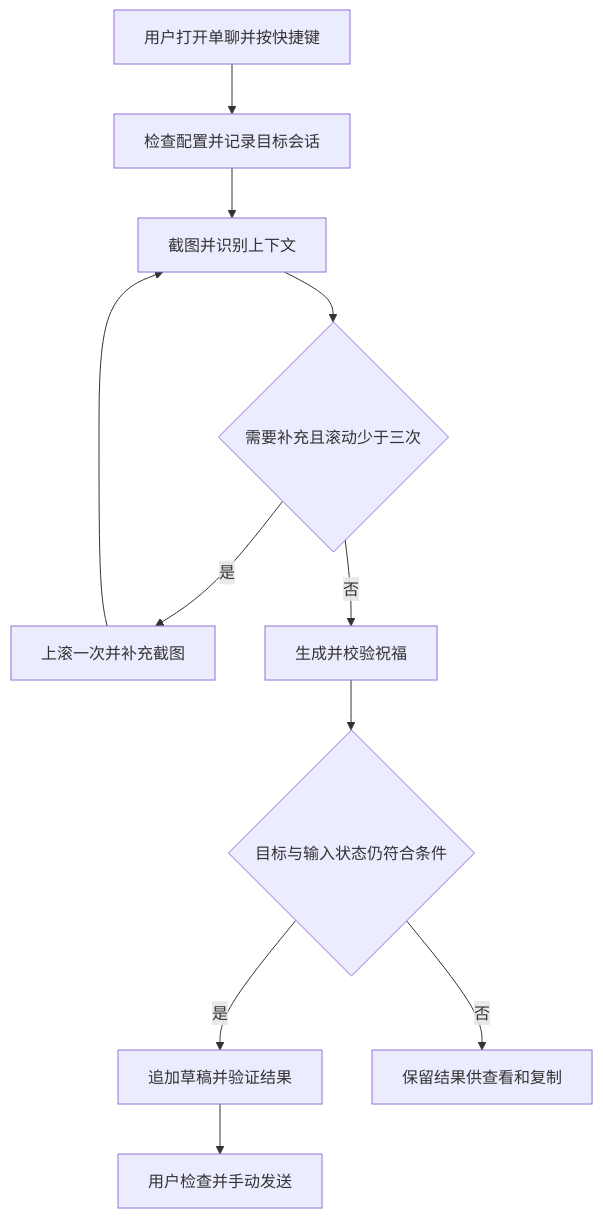
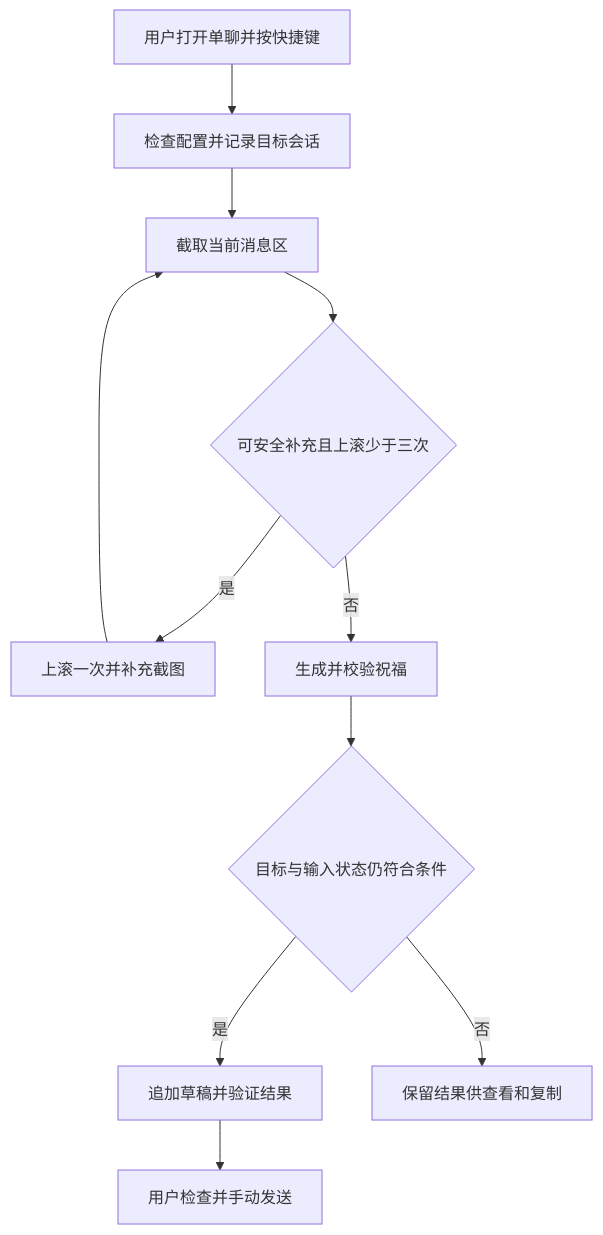
The diagram in docs/requirements.md (kpfan/wechat_draft), drawn with Mermaid before and after one commit. The commit also changed other lines of this file and 57 other files, not shown here.

````diff
--- a/docs/requirements.md
+++ b/docs/requirements.md
@@ -65,13 +65,13 @@
 ```mermaid
 flowchart TD
     A[用户打开单聊并按快捷键] --> B[检查配置并记录目标会话]
-    B --> C[截图并识别上下文]
-    C --> D{需要补充且滚动少于三次}
+    B --> C[截取当前消息区]
+    C --> D{可安全补充且上滚少于三次}
     D -->|是| E[上滚一次并补充截图]
     E --> C
     D -->|否| F[生成并校验祝福]
     F --> G{目标与输入状态仍符合条件}
     G -->|是| H[追加草稿并验证结果]
     G -->|否| I[保留结果供查看和复制]
     H --> J[用户检查并手动发送]
 ```
````
